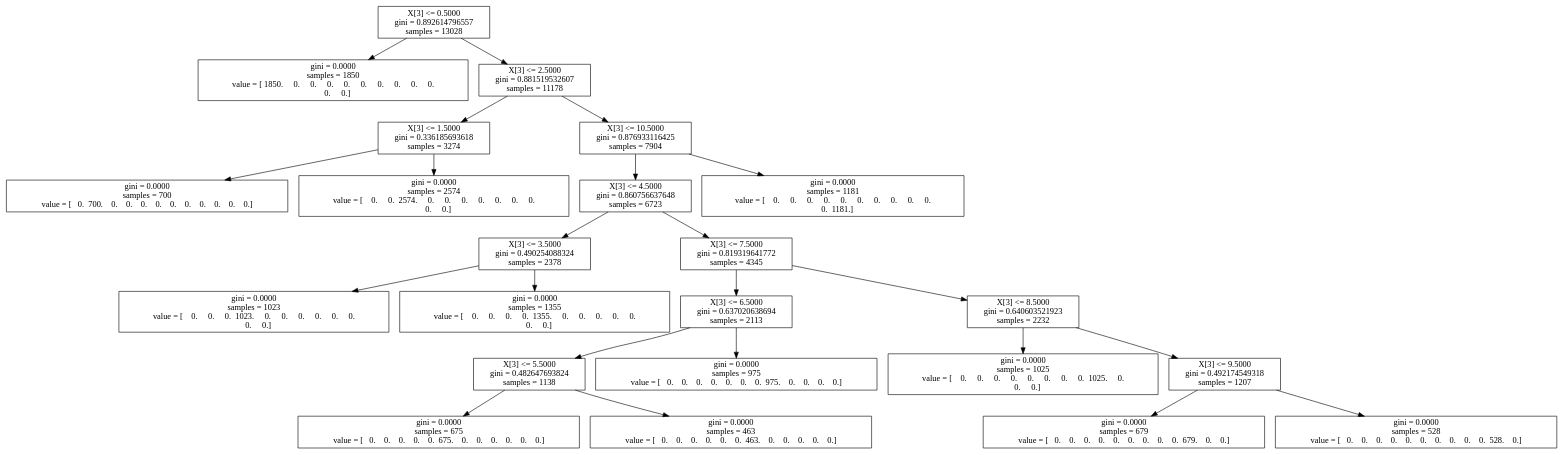
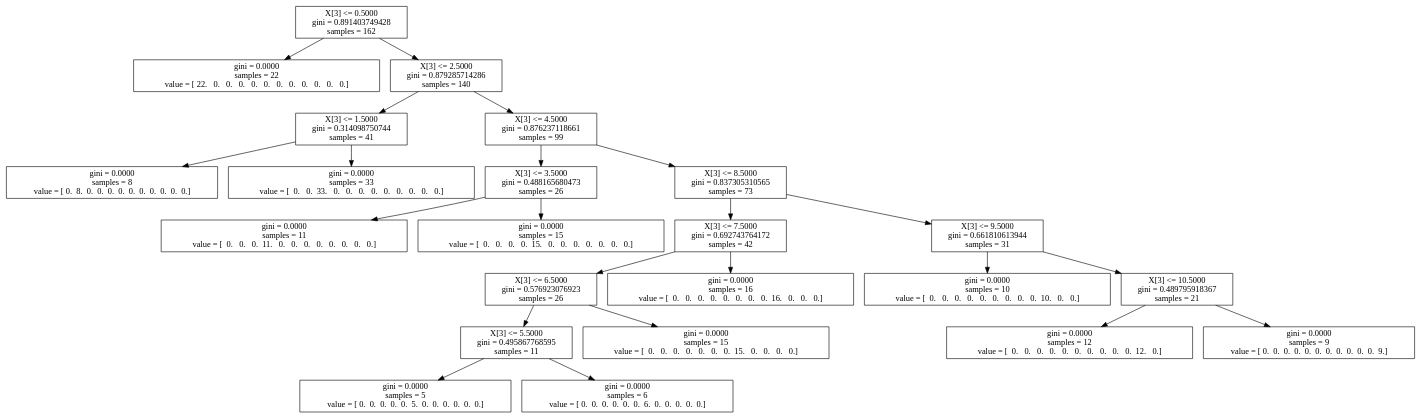
The diagram in tree.dot (dsilva25/Data-Mining), drawn with Graphviz before and after one commit. The commit also changed 8 other files, not shown here.

```diff
--- a/tree.dot
+++ b/tree.dot
@@ -1,53 +1,47 @@
 digraph Tree {
-0 [label="X[3] <= 0.5000\ngini = 0.892614796557\nsamples = 13028", shape="box"] ;
-1 [label="gini = 0.0000\nsamples = 1850\nvalue = [ 1850.     0.     0.     0.     0.     0.     0.     0.     0.     0.
-     0.     0.]", shape="box"] ;
+0 [label="X[3] <= 0.5000\ngini = 0.891403749428\nsamples = 162", shape="box"] ;
+1 [label="gini = 0.0000\nsamples = 22\nvalue = [ 22.   0.   0.   0.   0.   0.   0.   0.   0.   0.   0.   0.]", shape="box"] ;
 0 -> 1 ;
-2 [label="X[3] <= 2.5000\ngini = 0.881519532607\nsamples = 11178", shape="box"] ;
+2 [label="X[3] <= 2.5000\ngini = 0.879285714286\nsamples = 140", shape="box"] ;
 0 -> 2 ;
-3 [label="X[3] <= 1.5000\ngini = 0.336185693618\nsamples = 3274", shape="box"] ;
+3 [label="X[3] <= 1.5000\ngini = 0.314098750744\nsamples = 41", shape="box"] ;
 2 -> 3 ;
-4 [label="gini = 0.0000\nsamples = 700\nvalue = [   0.  700.    0.    0.    0.    0.    0.    0.    0.    0.    0.    0.]", shape="box"] ;
+4 [label="gini = 0.0000\nsamples = 8\nvalue = [ 0.  8.  0.  0.  0.  0.  0.  0.  0.  0.  0.  0.]", shape="box"] ;
 3 -> 4 ;
-5 [label="gini = 0.0000\nsamples = 2574\nvalue = [    0.     0.  2574.     0.     0.     0.     0.     0.     0.     0.
-     0.     0.]", shape="box"] ;
+5 [label="gini = 0.0000\nsamples = 33\nvalue = [  0.   0.  33.   0.   0.   0.   0.   0.   0.   0.   0.   0.]", shape="box"] ;
 3 -> 5 ;
-6 [label="X[3] <= 10.5000\ngini = 0.876933116425\nsamples = 7904", shape="box"] ;
+6 [label="X[3] <= 4.5000\ngini = 0.876237118661\nsamples = 99", shape="box"] ;
 2 -> 6 ;
-7 [label="X[3] <= 4.5000\ngini = 0.860756637648\nsamples = 6723", shape="box"] ;
+7 [label="X[3] <= 3.5000\ngini = 0.488165680473\nsamples = 26", shape="box"] ;
 6 -> 7 ;
-8 [label="X[3] <= 3.5000\ngini = 0.490254088324\nsamples = 2378", shape="box"] ;
+8 [label="gini = 0.0000\nsamples = 11\nvalue = [  0.   0.   0.  11.   0.   0.   0.   0.   0.   0.   0.   0.]", shape="box"] ;
 7 -> 8 ;
-9 [label="gini = 0.0000\nsamples = 1023\nvalue = [    0.     0.     0.  1023.     0.     0.     0.     0.     0.     0.
-     0.     0.]", shape="box"] ;
-8 -> 9 ;
-10 [label="gini = 0.0000\nsamples = 1355\nvalue = [    0.     0.     0.     0.  1355.     0.     0.     0.     0.     0.
-     0.     0.]", shape="box"] ;
-8 -> 10 ;
-11 [label="X[3] <= 7.5000\ngini = 0.819319641772\nsamples = 4345", shape="box"] ;
-7 -> 11 ;
-12 [label="X[3] <= 6.5000\ngini = 0.637020638694\nsamples = 2113", shape="box"] ;
+9 [label="gini = 0.0000\nsamples = 15\nvalue = [  0.   0.   0.   0.  15.   0.   0.   0.   0.   0.   0.   0.]", shape="box"] ;
+7 -> 9 ;
+10 [label="X[3] <= 8.5000\ngini = 0.837305310565\nsamples = 73", shape="box"] ;
+6 -> 10 ;
+11 [label="X[3] <= 7.5000\ngini = 0.692743764172\nsamples = 42", shape="box"] ;
+10 -> 11 ;
+12 [label="X[3] <= 6.5000\ngini = 0.576923076923\nsamples = 26", shape="box"] ;
 11 -> 12 ;
-13 [label="X[3] <= 5.5000\ngini = 0.482647693824\nsamples = 1138", shape="box"] ;
+13 [label="X[3] <= 5.5000\ngini = 0.495867768595\nsamples = 11", shape="box"] ;
 12 -> 13 ;
-14 [label="gini = 0.0000\nsamples = 675\nvalue = [   0.    0.    0.    0.    0.  675.    0.    0.    0.    0.    0.    0.]", shape="box"] ;
+14 [label="gini = 0.0000\nsamples = 5\nvalue = [ 0.  0.  0.  0.  0.  5.  0.  0.  0.  0.  0.  0.]", shape="box"] ;
 13 -> 14 ;
-15 [label="gini = 0.0000\nsamples = 463\nvalue = [   0.    0.    0.    0.    0.    0.  463.    0.    0.    0.    0.    0.]", shape="box"] ;
+15 [label="gini = 0.0000\nsamples = 6\nvalue = [ 0.  0.  0.  0.  0.  0.  6.  0.  0.  0.  0.  0.]", shape="box"] ;
 13 -> 15 ;
-16 [label="gini = 0.0000\nsamples = 975\nvalue = [   0.    0.    0.    0.    0.    0.    0.  975.    0.    0.    0.    0.]", shape="box"] ;
+16 [label="gini = 0.0000\nsamples = 15\nvalue = [  0.   0.   0.   0.   0.   0.   0.  15.   0.   0.   0.   0.]", shape="box"] ;
 12 -> 16 ;
-17 [label="X[3] <= 8.5000\ngini = 0.640603521923\nsamples = 2232", shape="box"] ;
+17 [label="gini = 0.0000\nsamples = 16\nvalue = [  0.   0.   0.   0.   0.   0.   0.   0.  16.   0.   0.   0.]", shape="box"] ;
 11 -> 17 ;
-18 [label="gini = 0.0000\nsamples = 1025\nvalue = [    0.     0.     0.     0.     0.     0.     0.     0.  1025.     0.
-     0.     0.]", shape="box"] ;
-17 -> 18 ;
-19 [label="X[3] <= 9.5000\ngini = 0.492174549318\nsamples = 1207", shape="box"] ;
-17 -> 19 ;
-20 [label="gini = 0.0000\nsamples = 679\nvalue = [   0.    0.    0.    0.    0.    0.    0.    0.    0.  679.    0.    0.]", shape="box"] ;
-19 -> 20 ;
-21 [label="gini = 0.0000\nsamples = 528\nvalue = [   0.    0.    0.    0.    0.    0.    0.    0.    0.    0.  528.    0.]", shape="box"] ;
-19 -> 21 ;
-22 [label="gini = 0.0000\nsamples = 1181\nvalue = [    0.     0.     0.     0.     0.     0.     0.     0.     0.     0.
-     0.  1181.]", shape="box"] ;
-6 -> 22 ;
+18 [label="X[3] <= 9.5000\ngini = 0.661810613944\nsamples = 31", shape="box"] ;
+10 -> 18 ;
+19 [label="gini = 0.0000\nsamples = 10\nvalue = [  0.   0.   0.   0.   0.   0.   0.   0.   0.  10.   0.   0.]", shape="box"] ;
+18 -> 19 ;
+20 [label="X[3] <= 10.5000\ngini = 0.489795918367\nsamples = 21", shape="box"] ;
+18 -> 20 ;
+21 [label="gini = 0.0000\nsamples = 12\nvalue = [  0.   0.   0.   0.   0.   0.   0.   0.   0.   0.  12.   0.]", shape="box"] ;
+20 -> 21 ;
+22 [label="gini = 0.0000\nsamples = 9\nvalue = [ 0.  0.  0.  0.  0.  0.  0.  0.  0.  0.  0.  9.]", shape="box"] ;
+20 -> 22 ;
 }
```
